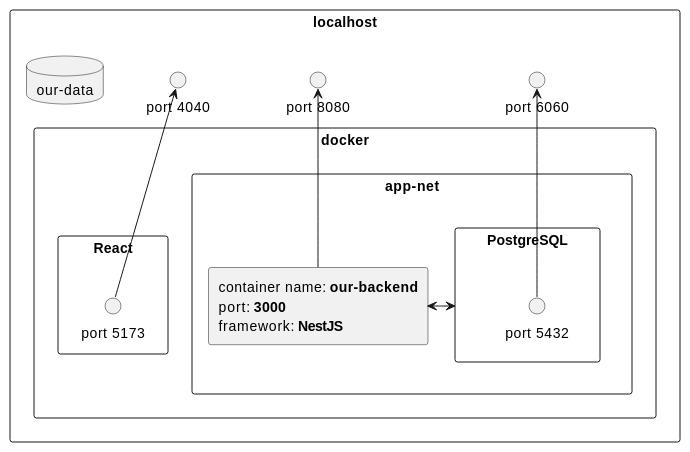
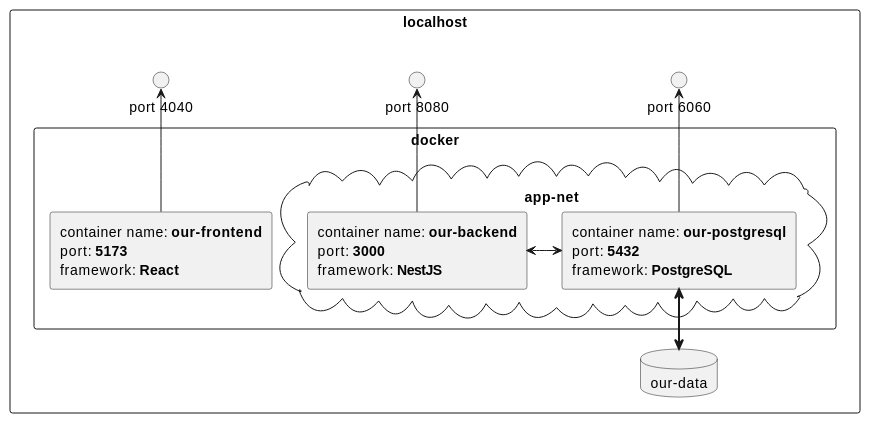
Before and after one commit to eprei/42_ft_transcendence: the first of 2 diagrams in docs/README.adoc, drawn with PlantUML. The commit also changed 2 other files, not shown here.

Commit message:
docs: docker.svg (#23)
- more information about:
  - react
  - postgresql
- use cloud instead of rectangle for the
  network
- link database and postgresql

```diff
--- a/docs/README.adoc
+++ b/docs/README.adoc
@@ -9,30 +9,35 @@
 [plantuml, target=assets/docker, format=svg, width=100%]
 ....
 rectangle localhost {
 	database "our-data" as our_data
 	circle "port 8080" as portout_nest
 	circle "port 6060" as portout_postgre
 	circle "port 4040" as portout_react
 
 	rectangle docker {
-		rectangle app-net {
+		cloud app-net {
 			rectangle NestJS [
 				container name: <b>our-backend
 				port: <b>3000
 				framework: <b>NestJS
 			]
-			rectangle PostgreSQL {
-				circle "port 5432" as portin_postgre
-			}
+			rectangle PostgreSQL [
+				container name: <b>our-postgresql
+				port: <b>5432
+				framework: <b>PostgreSQL
+			]
 		}
-		rectangle React {
-			circle "port 5173" as portin_react
-		}
+		rectangle React [
+			container name: <b>our-frontend
+			port: <b>5173
+			framework: <b>React
+		]
 	}
 }
 
 NestJS -up-> portout_nest
-portin_react -up-> portout_react
-portin_postgre -up-> portout_postgre
+React -up-> portout_react
+PostgreSQL -up-> portout_postgre
 NestJS <-le-> PostgreSQL
+PostgreSQL <==> our_data
 ....
```
